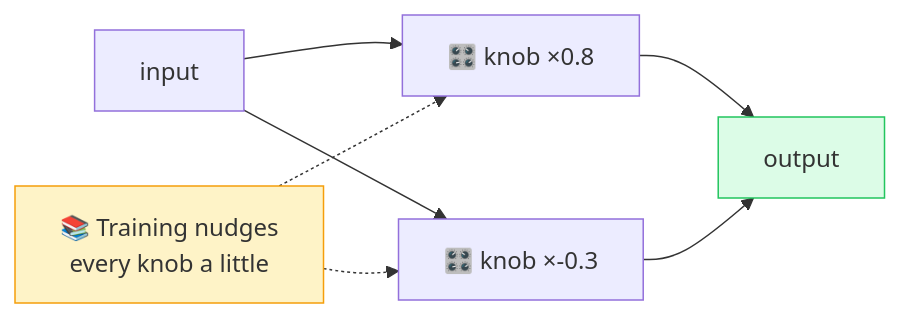
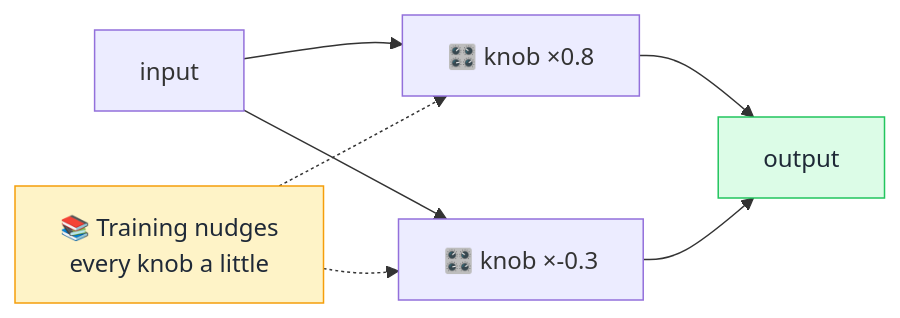
The diagram in concepts/parameters-weights.md (behnia137/ai-for-beginners-visual), drawn with Mermaid before and after one commit. The commit also changed 32 other files, not shown here.

First line of the commit message:
Fix mermaid box text contrast for dark/light mode

````diff
--- a/concepts/parameters-weights.md
+++ b/concepts/parameters-weights.md
@@ -7,11 +7,11 @@
 ```mermaid
 flowchart LR
     I["input"] --> W1["🎛️ knob ×0.8"]
     I --> W2["🎛️ knob ×-0.3"]
     W1 --> O["output"]
     W2 --> O
     T["📚 Training nudges<br/>every knob a little"] -.-> W1
     T -.-> W2
-    style T fill:#fef3c7,stroke:#f59e0b
-    style O fill:#dcfce7,stroke:#22c55e
+    style T fill:#fef3c7,stroke:#f59e0b,color:#1f2937
+    style O fill:#dcfce7,stroke:#22c55e,color:#1f2937
 ```
````
